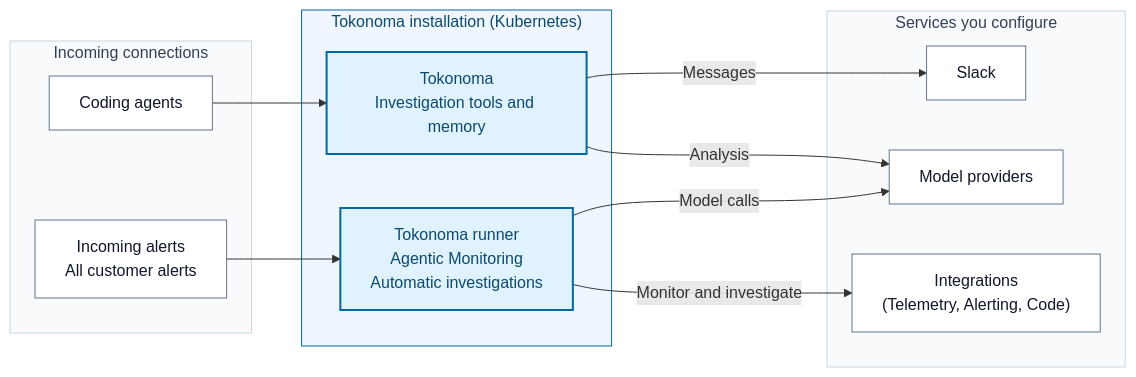
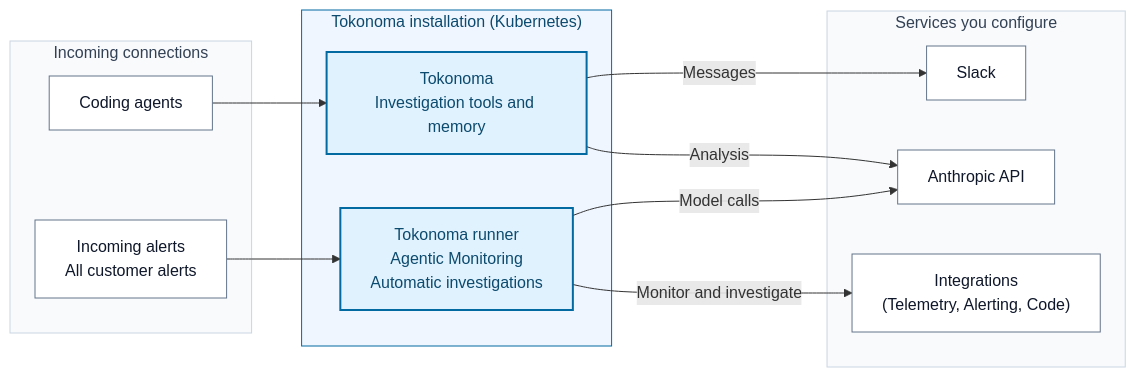
Before and after one commit to tokonoma-ai/tokonoma-docs: the diagram in README.md, drawn with Mermaid. The commit also changed other lines of this file and 10 other files, not shown here.

Commit message:
docs: state Anthropic-only runner and restructure the agent skill (#6)

````diff
--- a/README.md
+++ b/README.md
@@ -9,32 +9,32 @@
 ```mermaid
 flowchart LR
   accTitle: Tokonoma in your environment
-  accDescr: Coding agents connect to Tokonoma. All customer alerts from connected sources reach the required Tokonoma runner for automatic investigations. The runner also queries integrations for Agentic Monitoring independently of incoming alerts. Tokonoma runs on Kubernetes; monitored services can run elsewhere. Tokonoma connects to Slack and its model provider. The runner connects to model providers and permitted integrations. Arrows show who opens each external connection.
+  accDescr: Coding agents connect to Tokonoma. All customer alerts from connected sources reach the required Tokonoma runner for automatic investigations. The runner also queries integrations for Agentic Monitoring independently of incoming alerts. Tokonoma runs on Kubernetes; monitored services can run elsewhere. Tokonoma connects to Slack and the Anthropic API. The runner connects to the Anthropic API and permitted integrations. Arrows show who opens each external connection.
   subgraph Inputs["Incoming connections"]
     Agents["Coding agents"]
     Alerts["Incoming alerts<br/>All customer alerts"]
   end
   subgraph Cluster["Tokonoma installation (Kubernetes)"]
     Tokonoma["Tokonoma<br/>Investigation tools and memory"]
     Runner["Tokonoma runner<br/>Agentic Monitoring<br/>Automatic investigations"]
   end
   subgraph Connections["Services you configure"]
     Slack["Slack"]
-    Models["Model providers"]
+    Models["Anthropic API"]
     Tools["Integrations<br/>(Telemetry, Alerting, Code)"]
   end
   Agents --> Tokonoma
   Alerts --> Runner
   Tokonoma -->|"Messages"| Slack
   Tokonoma -->|"Analysis"| Models
   Runner -->|"Model calls"| Models
   Runner -->|"Monitor and investigate"| Tools
 
   classDef service fill:#e0f2fe,stroke:#0369a1,color:#0c4a6e,stroke-width:2px
   classDef external fill:#fff,stroke:#64748b,color:#0f172a
   class Tokonoma,Runner service
   class Agents,Alerts,Slack,Tools,Models external
   style Cluster fill:#eff6ff,stroke:#0369a1,color:#0c4a6e
   style Inputs fill:#f8fafc,stroke:#cbd5e1,color:#334155
   style Connections fill:#f8fafc,stroke:#cbd5e1,color:#334155
 ```
````
